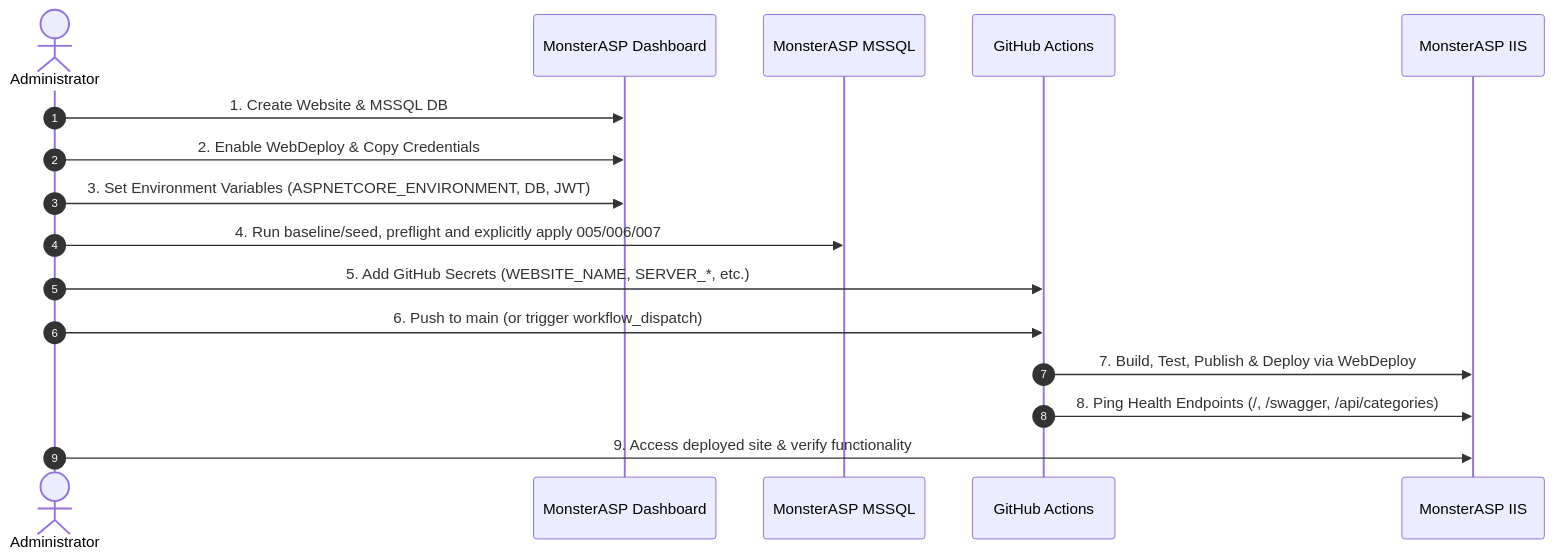
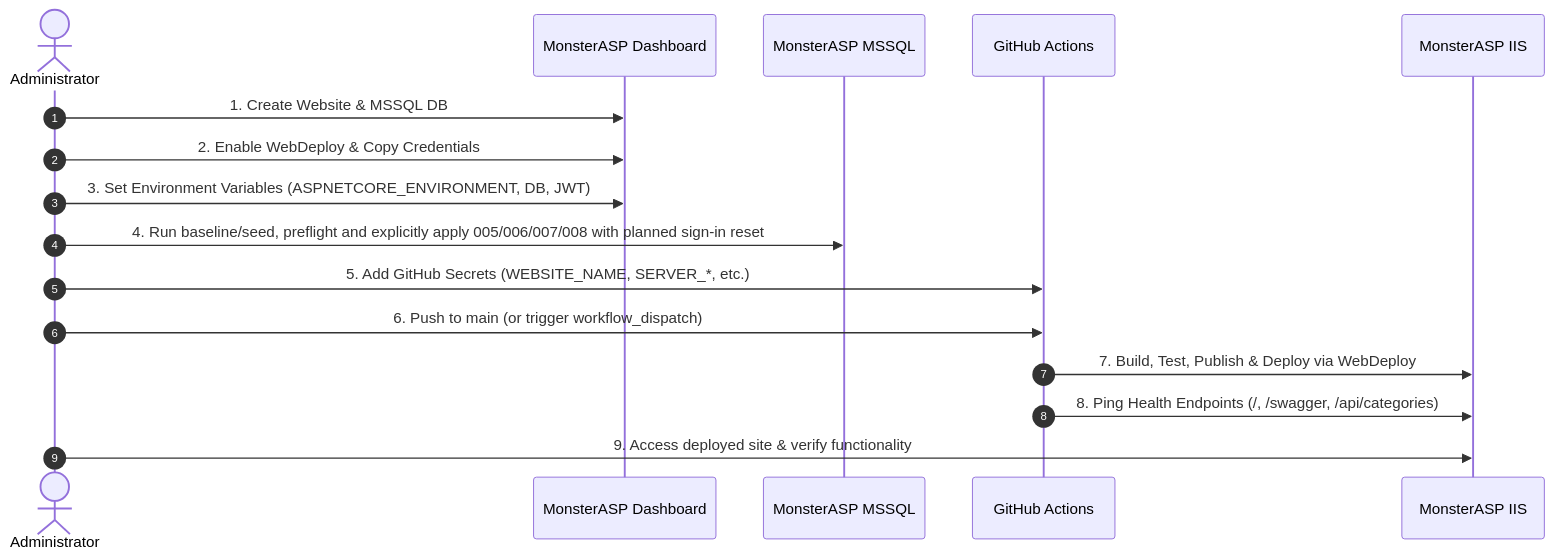
The diagram in docs/MONSTERASP_DEPLOYMENT.md (ShadmanMuhtasim/Karigor), drawn with Mermaid before and after one commit. The commit also changed other lines of this file and 47 other files, not shown here.

````diff
--- a/docs/MONSTERASP_DEPLOYMENT.md
+++ b/docs/MONSTERASP_DEPLOYMENT.md
@@ -216,19 +218,19 @@
 ```mermaid
 sequenceDiagram
     autonumber
     actor Admin as Administrator
     participant Dashboard as MonsterASP Dashboard
     participant DB as MonsterASP MSSQL
     participant GitHub as GitHub Actions
     participant IIS as MonsterASP IIS
 
     Admin->>Dashboard: 1. Create Website & MSSQL DB
     Admin->>Dashboard: 2. Enable WebDeploy & Copy Credentials
     Admin->>Dashboard: 3. Set Environment Variables (ASPNETCORE_ENVIRONMENT, DB, JWT)
-    Admin->>DB: 4. Run baseline/seed, preflight and explicitly apply 005/006/007
+    Admin->>DB: 4. Run baseline/seed, preflight and explicitly apply 005/006/007/008 with planned sign-in reset
     Admin->>GitHub: 5. Add GitHub Secrets (WEBSITE_NAME, SERVER_*, etc.)
     Admin->>GitHub: 6. Push to main (or trigger workflow_dispatch)
     GitHub->>IIS: 7. Build, Test, Publish & Deploy via WebDeploy
     GitHub->>IIS: 8. Ping Health Endpoints (/, /swagger, /api/categories)
     Admin->>IIS: 9. Access deployed site & verify functionality
 ```
````
